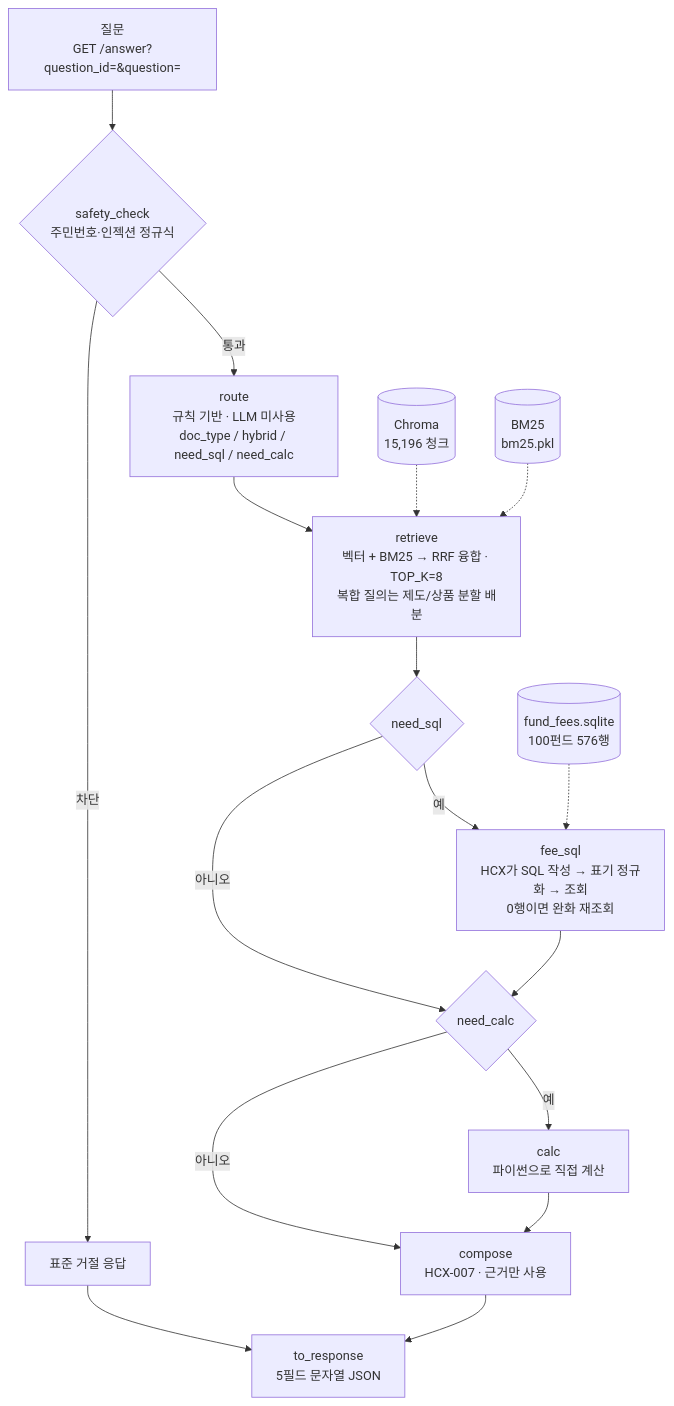
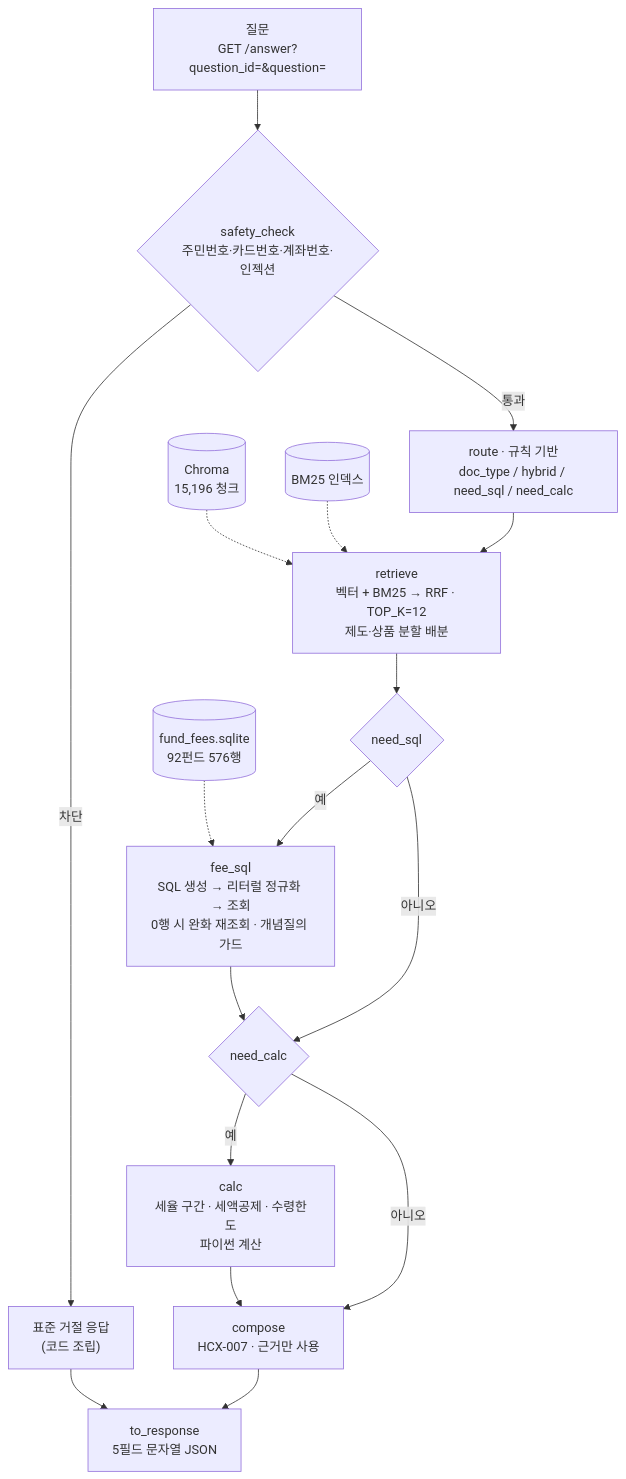
One commit to penguinnote/Mirae_Naver_MultiAgent changed the first of 2 diagrams in README.md. Above: the diagram before and after it, drawn with Mermaid. The commit also changed other lines of this file and 2 other files, not shown here.

````diff
--- a/README.md
+++ b/README.md
@@ -16,36 +24,31 @@
 ```mermaid
 flowchart TD
     Q["질문<br/>GET /answer?question_id=&question="]
-    SAFE{"safety_check<br/>주민번호·인젝션 정규식"}
-    REFUSE["표준 거절 응답"]
-    ROUTE["route<br/>규칙 기반 · LLM 미사용<br/>doc_type / hybrid / need_sql / need_calc"]
-    RETR["retrieve<br/>벡터 + BM25 → RRF 융합 · TOP_K=8<br/>복합 질의는 제도/상품 분할 배분"]
+    SAFE{"safety_check<br/>주민번호·카드번호·계좌번호·인젝션"}
+    REFUSE["표준 거절 응답<br/>(코드 조립)"]
+    ROUTE["route · 규칙 기반<br/>doc_type / hybrid / need_sql / need_calc"]
+    RETR["retrieve<br/>벡터 + BM25 → RRF · TOP_K=12<br/>제도·상품 분할 배분"]
     D1{"need_sql"}
-    FEE["fee_sql<br/>HCX가 SQL 작성 → 표기 정규화 → 조회<br/>0행이면 완화 재조회"]
+    FEE["fee_sql<br/>SQL 생성 → 리터럴 정규화 → 조회<br/>0행 시 완화 재조회 · 개념질의 가드"]
     D2{"need_calc"}
-    CALC["calc<br/>파이썬으로 직접 계산"]
+    CALC["calc<br/>세율 구간 · 세액공제 · 수령한도<br/>파이썬 계산"]
     COMP["compose<br/>HCX-007 · 근거만 사용"]
     RESP["to_response<br/>5필드 문자열 JSON"]
 
     CHROMA[("Chroma<br/>15,196 청크")]
-    BM25[("BM25<br/>bm25.pkl")]
-    FEEDB[("fund_fees.sqlite<br/>100펀드 576행")]
+    BM25[("BM25 인덱스")]
+    FEEDB[("fund_fees.sqlite<br/>92펀드 576행")]
 
     Q --> SAFE
-    SAFE -->|"차단"| REFUSE
-    REFUSE --> RESP
-    SAFE -->|"통과"| ROUTE
-    ROUTE --> RETR
-    RETR --> D1
-    D1 -->|"예"| FEE
-    D1 -->|"아니오"| D2
-    FEE --> D2
-    D2 -->|"예"| CALC
-    D2 -->|"아니오"| COMP
-    CALC --> COMP
+    SAFE -->|차단| REFUSE --> RESP
+    SAFE -->|통과| ROUTE --> RETR --> D1
+    D1 -->|예| FEE --> D2
+    D1 -->|아니오| D2
+    D2 -->|예| CALC --> COMP
+    D2 -->|아니오| COMP
     COMP --> RESP
 
     CHROMA -.-> RETR
     BM25 -.-> RETR
     FEEDB -.-> FEE
 ```
````
